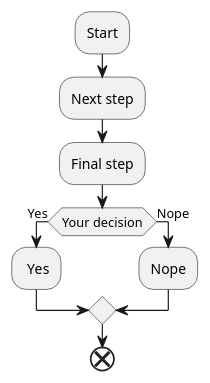
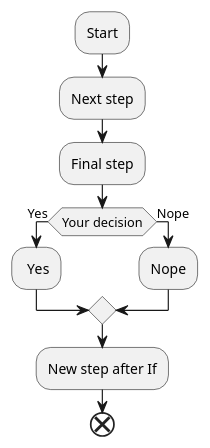
One commit to Stanyslav25/Plant_Uml_VCS changed the diagram in Diagram/Diagramm.puml. Above: the diagram before and after it, drawn with PlantUML.

Commit message:
New step after if

```diff
--- a/Diagram/Diagramm.puml
+++ b/Diagram/Diagramm.puml
@@ -1,11 +1,12 @@
 @startuml
 :Start;
 :Next step;
 :Final step;
 if (Your decision) then (Yes)
 : Yes;
 else (Nope)
 :Nope;
 endIf
+:New step after If;
 end
 @enduml
```
